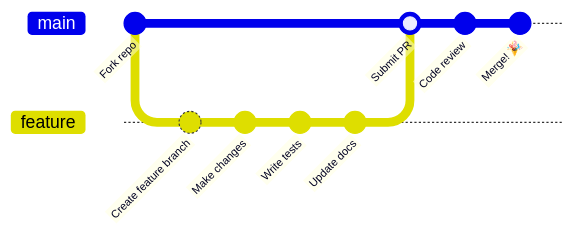
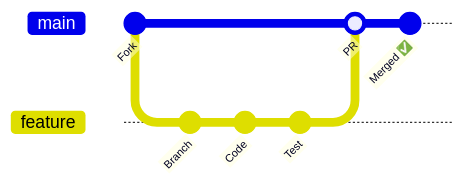
One commit to blablablasealsaresoft/pumpfun-intelligence changed diagram 15 of 15 in README.md. Above: the diagram before and after it, drawn with Mermaid. The commit also changed other lines of this file, not shown here.

````diff
--- a/README.md
+++ b/README.md
@@ -968,13 +764,11 @@
 ```mermaid
 gitGraph
-    commit id: "Fork repo"
+    commit id: "Fork"
     branch feature
-    commit id: "Create feature branch"
-    commit id: "Make changes"
-    commit id: "Write tests"
-    commit id: "Update docs"
+    commit id: "Branch"
+    commit id: "Code"
+    commit id: "Test"
     checkout main
-    merge feature id: "Submit PR"
-    commit id: "Code review"
-    commit id: "Merge! 🎉"
+    merge feature id: "PR"
+    commit id: "Merged ✅"
 ```
````
